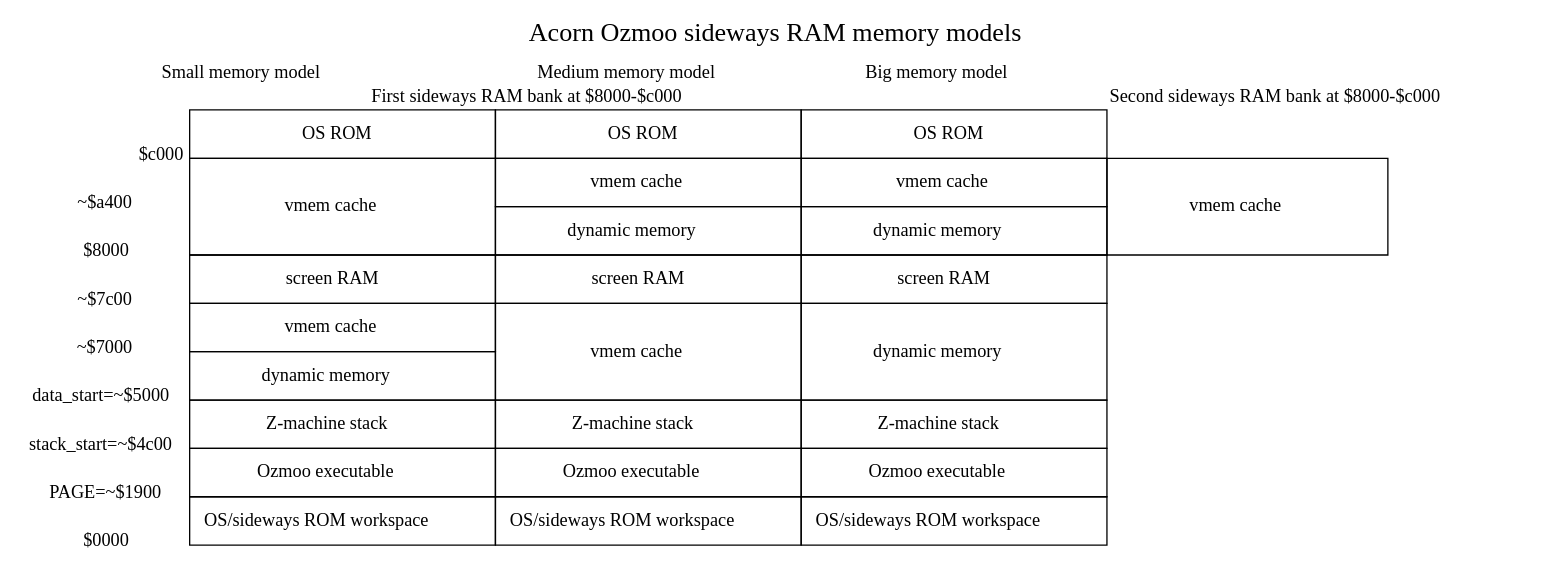
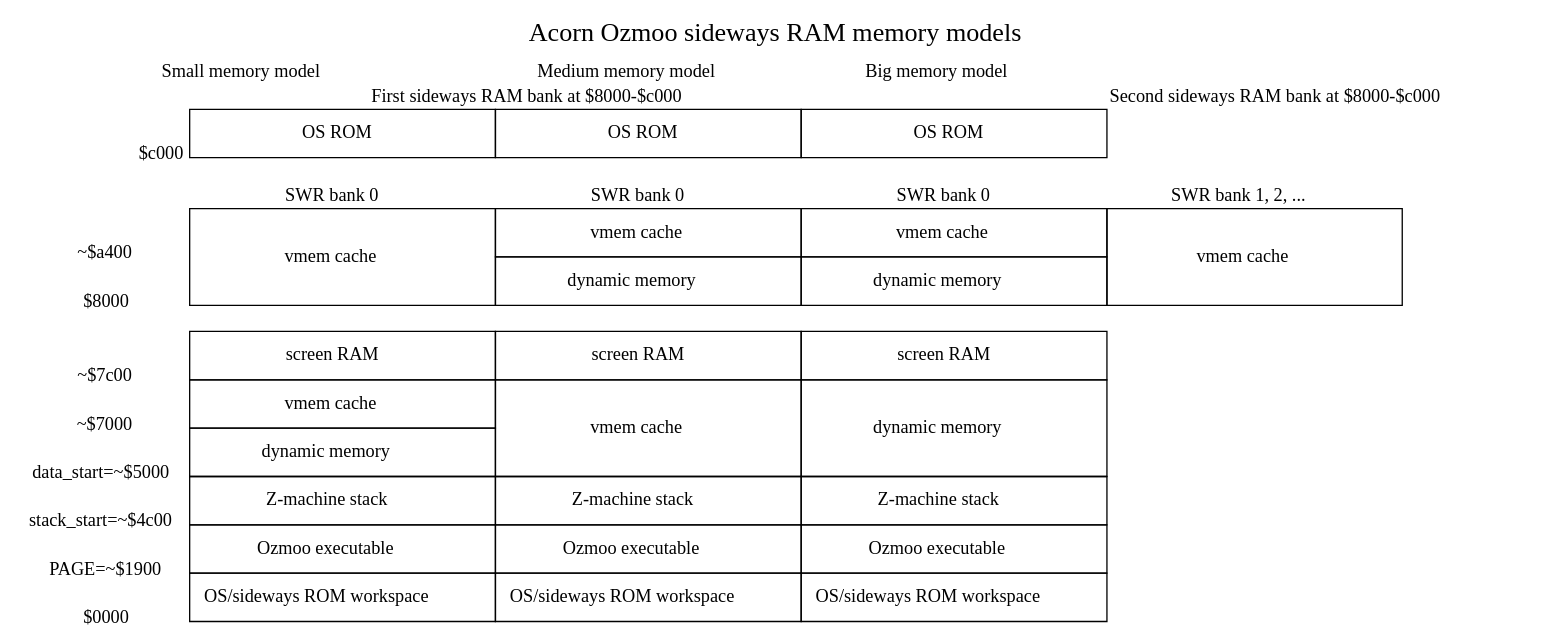
Before and after one commit to ZornsLemma/ozmoo: the diagram in documentation/techdocs/swr-memory-models.dot, drawn with Graphviz.

Commit message:
WIP memory diagram

```diff
--- a/documentation/techdocs/swr-memory-models.dot
+++ b/documentation/techdocs/swr-memory-models.dot
@@ -1,73 +1,86 @@
 digraph memory {
     graph [nodesep=1, label="Acorn Ozmoo sideways RAM memory models", fontsize=20, labelloc=t];
     forcelabels=true;
     node [shape=plaintext];
 
     small [label=<
     <table border="0" cellspacing="0">
         <tr>
             <td colspan="2" border="0">Small memory model</td>
             <td colspan="1" border="0">Medium memory model</td>
 	    <td colspan="1" border="0">Big memory model</td>
         </tr>
         <tr>
             <td colspan="4" border="0">First sideways RAM bank at $8000-$c000</td>
             <td colspan="4" border="0">Second sideways RAM bank at $8000-$c000</td>
         </tr>
         <tr>
             <td align="text" valign="bottom"><sub>$c000</sub><br align="right" /></td>
             <td border="1" cellpadding="10">OS ROM</td>
             <td border="1" cellpadding="10">OS ROM</td>
 	    <td border="1" cellpadding="10">OS ROM</td>
         </tr>
 	<tr>
+	    <td border="0" cellpadding="10"></td>
+	</tr>
+	<tr>
+	    <td></td>
+	    <td border="0">SWR bank 0</td>
+	    <td border="0">SWR bank 0</td>
+	    <td border="0">SWR bank 0</td>
+	    <td border="0">SWR bank 1, 2, ...</td>
+	</tr>
+	<tr>
 	    <td valign="bottom"><sub>~$a400</sub></td>
 	    <td border="1" rowspan="2" cellpadding="10">vmem cache</td>
 	    <td border="1" cellpadding="10">vmem cache</td>
 	    <td border="1" cellpadding="10">vmem cache</td>
 	    <td border="1" rowspan="2" cellpadding="10">vmem cache</td>
 	</tr>
         <tr>
             <td valign="bottom"><sub>$8000</sub></td>
 	    <td border="1" cellpadding="10">dynamic memory</td>
 	    <td border="1" cellpadding="10">dynamic memory</td>
         </tr>
+	<tr>
+	    <td border="0" cellpadding="10"></td>
+	</tr>
         <tr>
             <td valign="bottom"><sub>~$7c00</sub></td>
             <td border="1" cellpadding="10">screen RAM</td>
             <td border="1" cellpadding="10">screen RAM</td>
             <td border="1" cellpadding="10">screen RAM</td>
         </tr>
         <tr>
             <td valign="bottom"><sub>~$7000</sub></td>
             <td border="1" cellpadding="10">vmem cache</td>
             <td border="1" rowspan="2" cellpadding="10">vmem cache</td>
             <td border="1" rowspan="2" cellpadding="10">dynamic memory</td>
         </tr>
         <tr>
             <td valign="bottom"><sub>data_start=~$5000</sub></td>
             <td border="1" cellpadding="10">dynamic memory</td>
         </tr>
         <tr>
             <td valign="bottom"><sub>stack_start=~$4c00</sub></td>
             <td border="1" cellpadding="10">Z-machine stack</td>
             <td border="1" cellpadding="10">Z-machine stack</td>
             <td border="1" cellpadding="10">Z-machine stack</td>
         </tr>
         <tr>
             <td valign="bottom"><sub>PAGE=~$1900</sub></td>
             <td border="1" cellpadding="10">Ozmoo executable</td>
             <td border="1" cellpadding="10">Ozmoo executable</td>
             <td border="1" cellpadding="10">Ozmoo executable</td>
         </tr>
         <tr>
             <td valign="bottom"><sub>$0000</sub></td>
             <td border="1" cellpadding="10">OS/sideways ROM workspace</td>
             <td border="1" cellpadding="10">OS/sideways ROM workspace</td>
             <td border="1" cellpadding="10">OS/sideways ROM workspace</td>
         </tr>
     </table>>];
 
 }
 
 # vi: sw=4 sts=4
```
